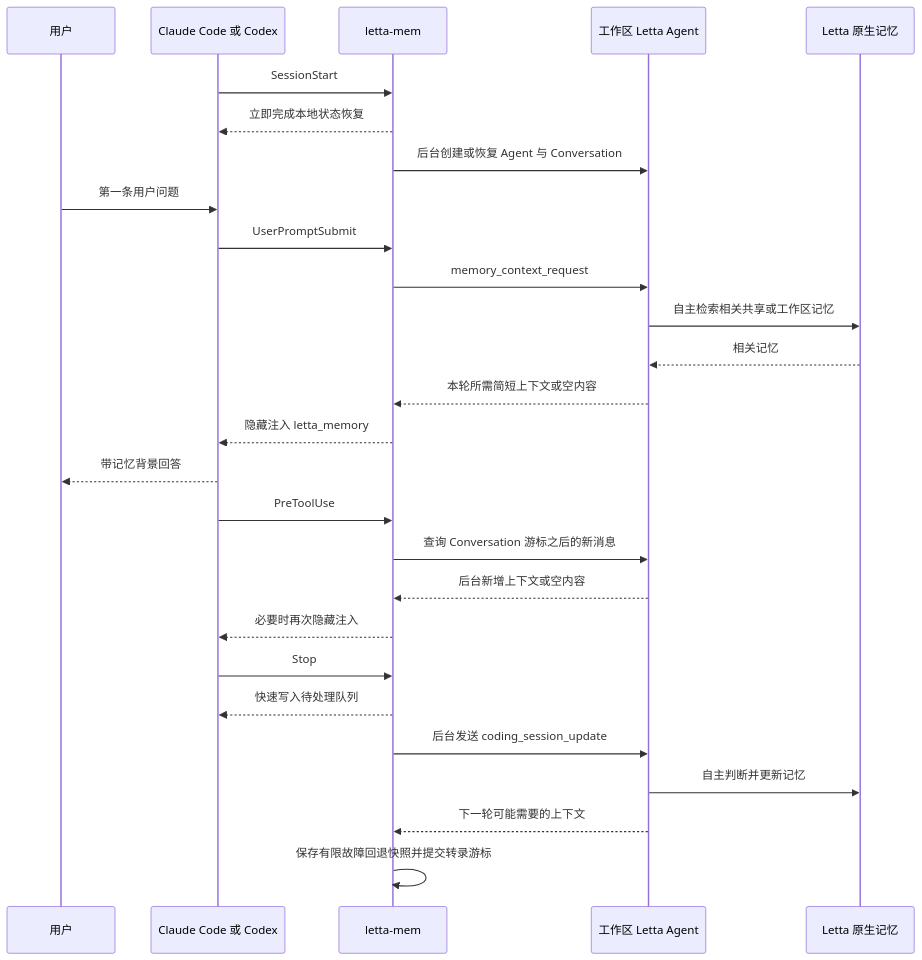
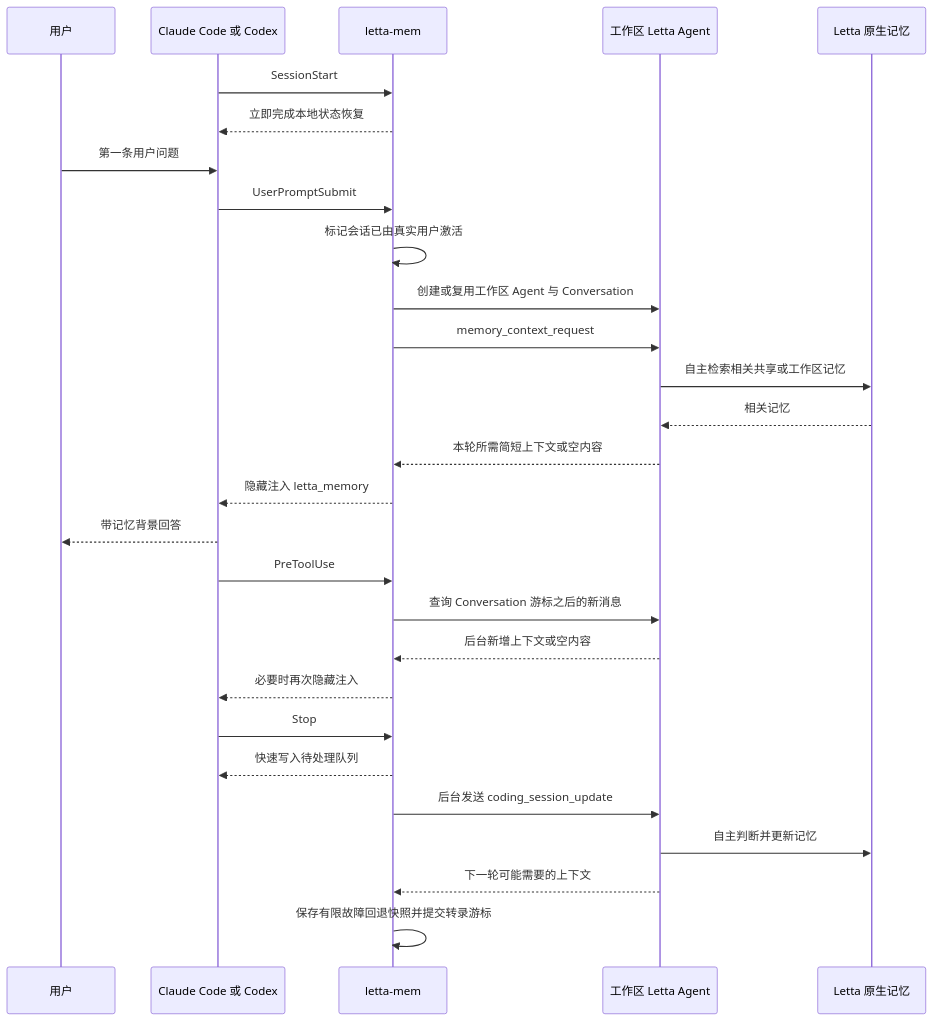
One commit to rvaim/rvaim-marketplace changed the diagram in plugins/letta-mem/README.md. Above: the diagram before and after it, drawn with Mermaid. The commit also changed other lines of this file and 22 other files, not shown here.

````diff
--- a/plugins/letta-mem/README.md
+++ b/plugins/letta-mem/README.md
@@ -102,33 +103,34 @@
 ```mermaid
 sequenceDiagram
     participant U as 用户
     participant H as Claude Code 或 Codex
     participant P as letta-mem
     participant A as 工作区 Letta Agent
     participant M as Letta 原生记忆
 
     H->>P: SessionStart
     P-->>H: 立即完成本地状态恢复
-    P->>A: 后台创建或恢复 Agent 与 Conversation
 
     U->>H: 第一条用户问题
     H->>P: UserPromptSubmit
+    P->>P: 标记会话已由真实用户激活
+    P->>A: 创建或复用工作区 Agent 与 Conversation
     P->>A: memory_context_request
     A->>M: 自主检索相关共享或工作区记忆
     M-->>A: 相关记忆
     A-->>P: 本轮所需简短上下文或空内容
     P-->>H: 隐藏注入 letta_memory
     H-->>U: 带记忆背景回答
 
     H->>P: PreToolUse
     P->>A: 查询 Conversation 游标之后的新消息
     A-->>P: 后台新增上下文或空内容
     P-->>H: 必要时再次隐藏注入
 
     H->>P: Stop
     P-->>H: 快速写入待处理队列
     P->>A: 后台发送 coding_session_update
     A->>M: 自主判断并更新记忆
     A-->>P: 下一轮可能需要的上下文
     P->>P: 保存有限故障回退快照并提交转录游标
 ```
````
